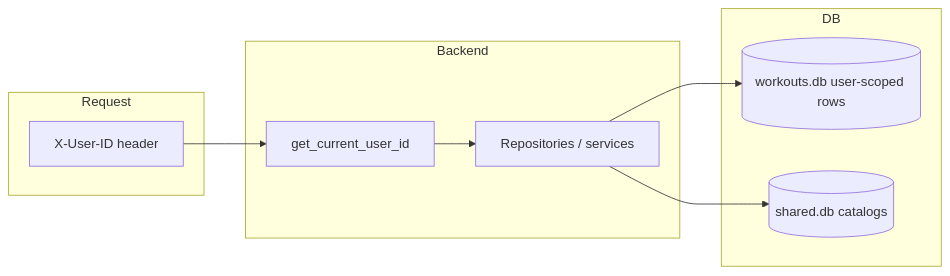
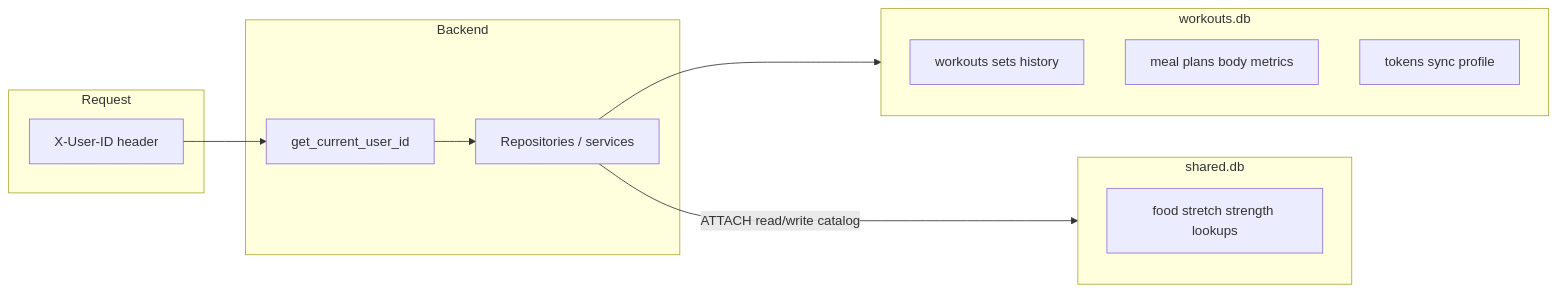
Before and after one commit to IbhodII/Forma-public: the first of 4 diagrams in docs/ARCHITECTURE.md, drawn with Mermaid. The commit also changed other lines of this file and 209 other files, not shown here.

````diff
--- a/docs/ARCHITECTURE.md
+++ b/docs/ARCHITECTURE.md
@@ -46,16 +50,20 @@
 ```mermaid
 flowchart LR
   subgraph Request
     H[X-User-ID header]
   end
   subgraph Backend
     U[get_current_user_id]
     R[Repositories / services]
   end
-  subgraph DB
-    W[(workouts.db user-scoped rows)]
-    S[(shared.db catalogs)]
+  subgraph Personal["workouts.db"]
+    W[workouts sets history]
+    M[meal plans body metrics]
+    T[tokens sync profile]
   end
-  H --> U --> R --> W
-  R --> S
+  subgraph Reference["shared.db"]
+    S[food stretch strength lookups]
+  end
+  H --> U --> R --> Personal
+  R -->|ATTACH read/write catalog| Reference
 ```
````
